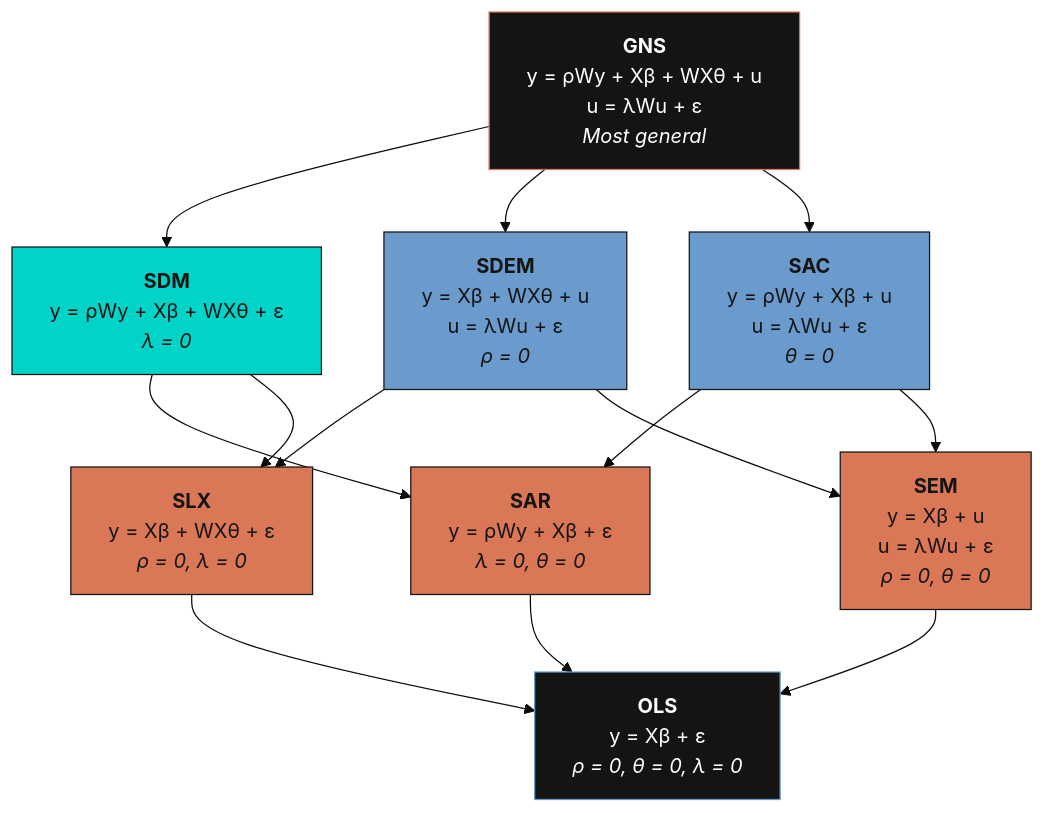
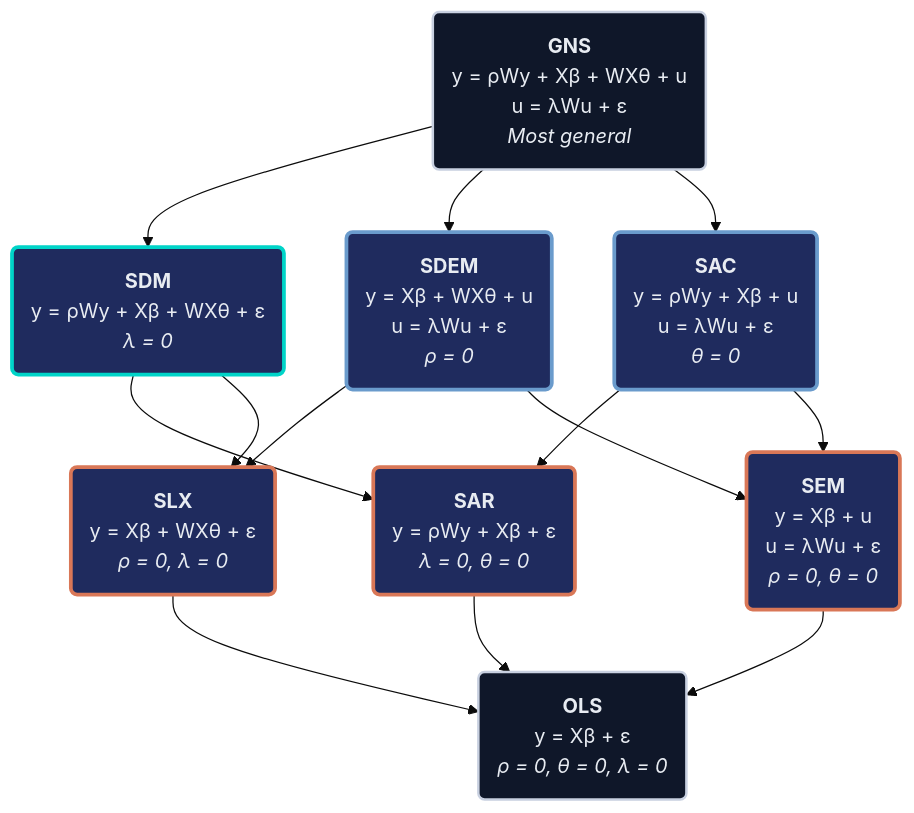
The first of 3 diagrams in content/post/stata_sp_regression_cross_section/index.md (cmg777/starter-academic-v501), drawn with Mermaid (base theme) before and after one commit. The commit also changed other lines of this file and 10 other files, not shown here.

First line of the commit message:
content(mermaid): restyle flowcharts in Stata posts (batch 2 of 2) and the EM publication (EN/ES/JA); add log

````diff
--- a/content/post/stata_sp_regression_cross_section/index.md
+++ b/content/post/stata_sp_regression_cross_section/index.md
@@ -243,33 +243,32 @@
 ```mermaid
 graph TD
-    GNS["<b>GNS</b><br/>y = ρWy + Xβ + WXθ + u<br/>u = λWu + ε<br/><i>Most general</i>"]
-    SDM["<b>SDM</b><br/>y = ρWy + Xβ + WXθ + ε<br/><i>λ = 0</i>"]
-    SDEM["<b>SDEM</b><br/>y = Xβ + WXθ + u<br/>u = λWu + ε<br/><i>ρ = 0</i>"]
-    SAC["<b>SAC</b><br/>y = ρWy + Xβ + u<br/>u = λWu + ε<br/><i>θ = 0</i>"]
-    SAR["<b>SAR</b><br/>y = ρWy + Xβ + ε<br/><i>λ = 0, θ = 0</i>"]
-    SEM["<b>SEM</b><br/>y = Xβ + u<br/>u = λWu + ε<br/><i>ρ = 0, θ = 0</i>"]
-    SLX["<b>SLX</b><br/>y = Xβ + WXθ + ε<br/><i>ρ = 0, λ = 0</i>"]
-    OLS["<b>OLS</b><br/>y = Xβ + ε<br/><i>ρ = 0, θ = 0, λ = 0</i>"]
+    GNS("<b>GNS</b><br/>y = ρWy + Xβ + WXθ + u<br/>u = λWu + ε<br/><i>Most general</i>")
+    SDM("<b>SDM</b><br/>y = ρWy + Xβ + WXθ + ε<br/><i>λ = 0</i>")
+    SDEM("<b>SDEM</b><br/>y = Xβ + WXθ + u<br/>u = λWu + ε<br/><i>ρ = 0</i>")
+    SAC("<b>SAC</b><br/>y = ρWy + Xβ + u<br/>u = λWu + ε<br/><i>θ = 0</i>")
+    SAR("<b>SAR</b><br/>y = ρWy + Xβ + ε<br/><i>λ = 0, θ = 0</i>")
+    SEM("<b>SEM</b><br/>y = Xβ + u<br/>u = λWu + ε<br/><i>ρ = 0, θ = 0</i>")
+    SLX("<b>SLX</b><br/>y = Xβ + WXθ + ε<br/><i>ρ = 0, λ = 0</i>")
+    OLS("<b>OLS</b><br/>y = Xβ + ε<br/><i>ρ = 0, θ = 0, λ = 0</i>")
 
     GNS --> SDM
     GNS --> SDEM
     GNS --> SAC
     SDM --> SAR
     SDM --> SLX
     SDEM --> SLX
     SDEM --> SEM
     SAC --> SAR
     SAC --> SEM
     SAR --> OLS
     SEM --> OLS
     SLX --> OLS
-
-    style GNS fill:#141413,stroke:#d97757,color:#fff
-    style SDM fill:#00d4c8,stroke:#141413,color:#141413
-    style SDEM fill:#6a9bcc,stroke:#141413,color:#141413
-    style SAC fill:#6a9bcc,stroke:#141413,color:#141413
-    style SAR fill:#d97757,stroke:#141413,color:#141413
-    style SEM fill:#d97757,stroke:#141413,color:#141413
-    style SLX fill:#d97757,stroke:#141413,color:#141413
-    style OLS fill:#141413,stroke:#6a9bcc,color:#fff
+    classDef anchor fill:#0f1729,stroke:#c8d0e0,stroke-width:2px,color:#e8ecf2
+    classDef teal fill:#1f2b5e,stroke:#00d4c8,stroke-width:3px,color:#e8ecf2
+    classDef blue fill:#1f2b5e,stroke:#6a9bcc,stroke-width:3px,color:#e8ecf2
+    classDef orange fill:#1f2b5e,stroke:#d97757,stroke-width:3px,color:#e8ecf2
+    class GNS,OLS anchor
+    class SDM teal
+    class SDEM,SAC blue
+    class SAR,SEM,SLX orange
 ```
````
